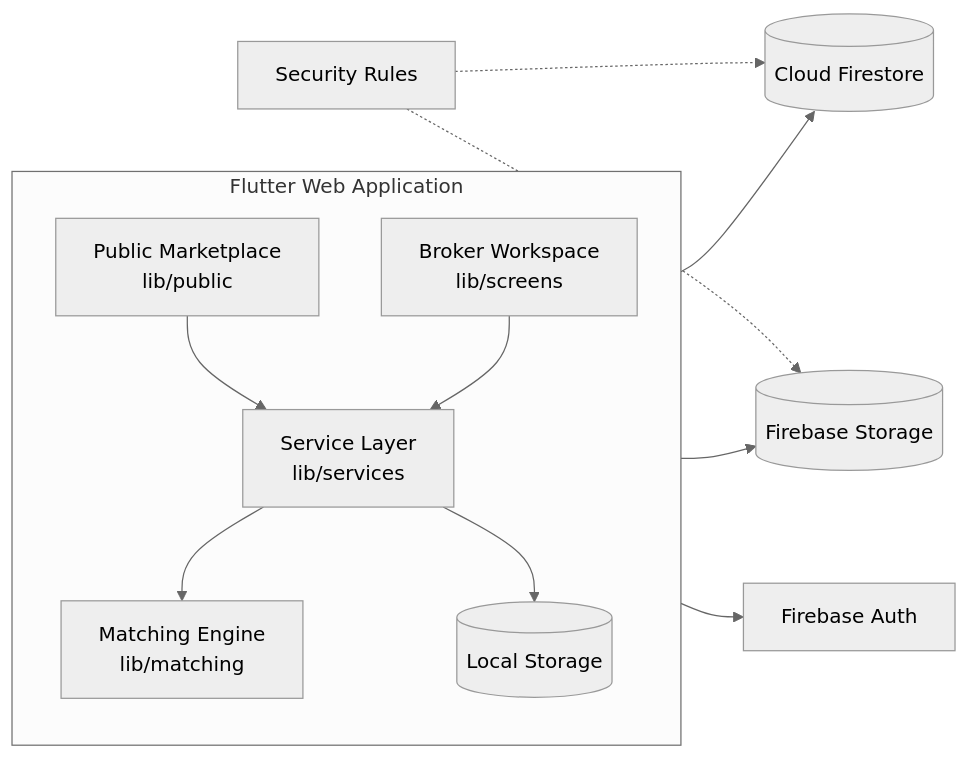
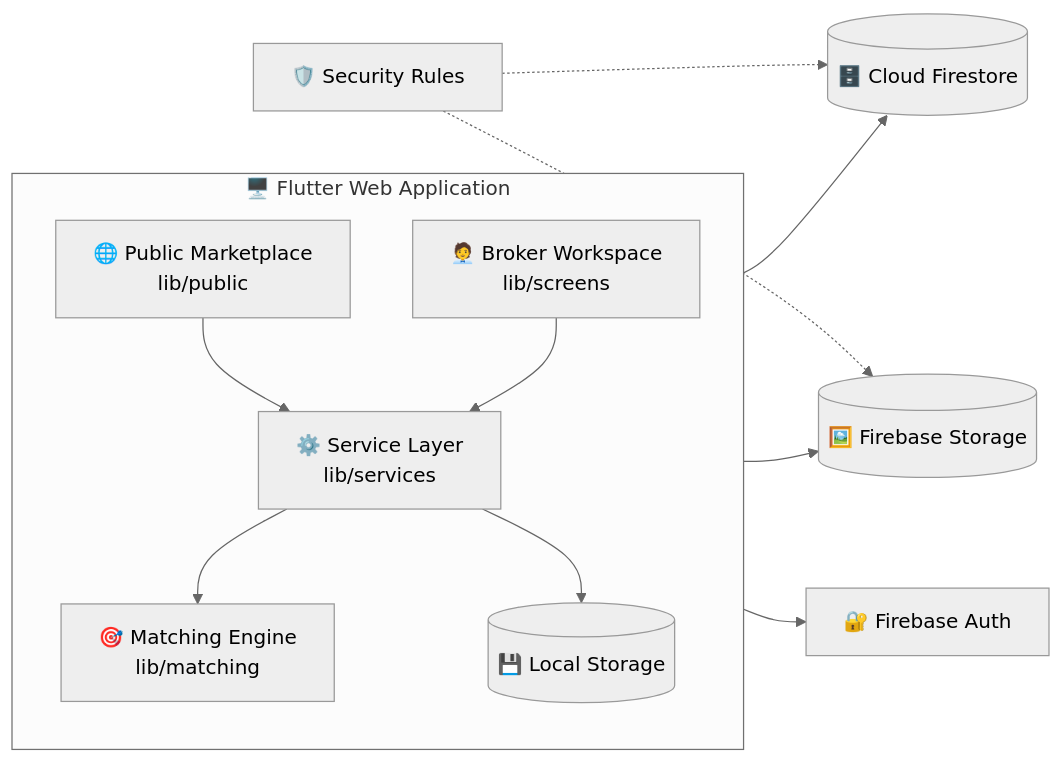
Before and after one commit to MohamedFouad99/aqarat_panel: the second of 2 diagrams in README.md, drawn with Mermaid (neutral theme). The commit also changed other lines of this file, not shown here.

````diff
--- a/README.md
+++ b/README.md
@@ -89,20 +212,20 @@
 ```mermaid
 flowchart LR
-    subgraph App["Flutter Web Application"]
+    subgraph App["🖥️ Flutter Web Application"]
         direction TB
-        PUB["Public Marketplace<br/>lib/public"]
-        ADM["Broker Workspace<br/>lib/screens"]
-        SVC["Service Layer<br/>lib/services"]
-        MAT["Matching Engine<br/>lib/matching"]
-        LOC[("Local Storage")]
+        PUB["🌐 Public Marketplace<br/>lib/public"]
+        ADM["🧑‍💼 Broker Workspace<br/>lib/screens"]
+        SVC["⚙️ Service Layer<br/>lib/services"]
+        MAT["🎯 Matching Engine<br/>lib/matching"]
+        LOC[("💾 Local Storage")]
         PUB --> SVC
         ADM --> SVC
         SVC --> MAT
         SVC --> LOC
     end
-    SVC --> FS[("Cloud Firestore")]
-    SVC --> ST[("Firebase Storage")]
-    SVC --> AU["Firebase Auth"]
-    RULES["Security Rules"] -.-> FS
+    SVC --> FS[("🗄️ Cloud Firestore")]
+    SVC --> ST[("🖼️ Firebase Storage")]
+    SVC --> AU["🔐 Firebase Auth"]
+    RULES["🛡️ Security Rules"] -.-> FS
     RULES -.-> ST
 ```
````
